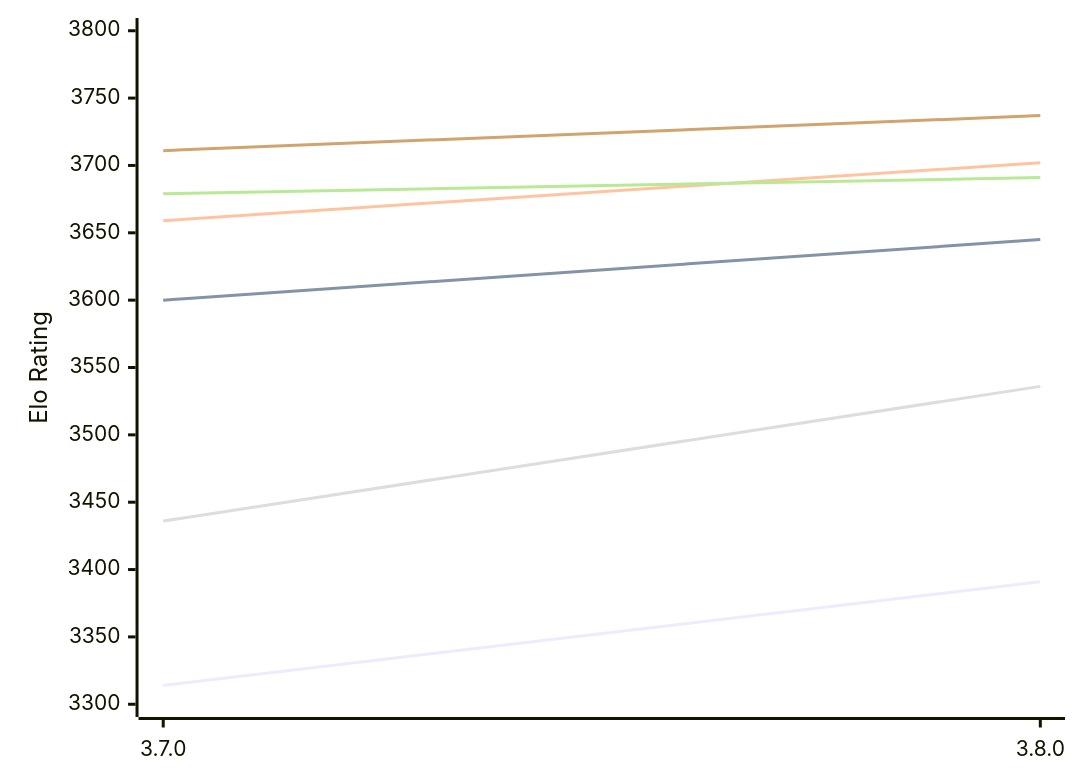
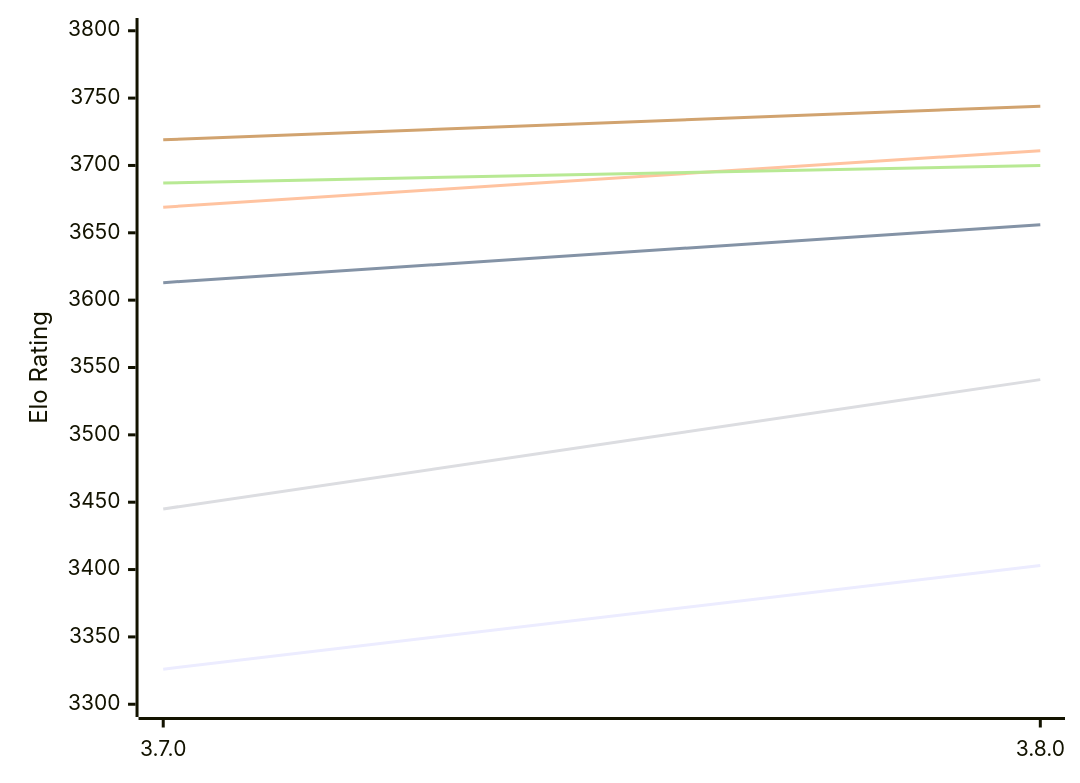
One commit to computer-chess-index/cci changed the first of 2 diagrams in engines/Igel.md. Above: the diagram before and after it, drawn with Mermaid. The commit also changed other lines of this file, not shown here.

Commit message:
Update CCI Ratings (ELO VLTC) - 2026-10-25

````diff
--- a/engines/Igel.md
+++ b/engines/Igel.md
@@ -51,12 +51,12 @@
 ```mermaid
 %%{init: {"theme":"base","themeVariables":{"seriesColors:['#a3a3a3','#222221','#faa371']}}}%%
 xychart-beta
   x-axis ["3.7.0", "3.8.0"]
   y-axis "Elo Rating" 3300 --> 3800
-  line "E1: STC (8.0+0.08s)" [3314, 3391]
-  line "E1: LTC (60.0+0.60s)" [3600, 3645]
-  line "E1: VLTC (2m24s+1.12s)" [3659, 3702]
-  line "P1: STC (8.0+0.08s)" [3436, 3536]
-  line "P1: LTC (60.0+0.60s)" [3679, 3691]
-  line "P1: VLTC (2m24s+1.12s)" [3711, 3737]
+  line "E1: STC (8.0+0.08s)" [3326, 3403]
+  line "E1: LTC (60.0+0.60s)" [3613, 3656]
+  line "E1: VLTC (2m24s+1.12s)" [3669, 3711]
+  line "P1: STC (8.0+0.08s)" [3445, 3541]
+  line "P1: LTC (60.0+0.60s)" [3687, 3700]
+  line "P1: VLTC (2m24s+1.12s)" [3719, 3744]
 ```
````
